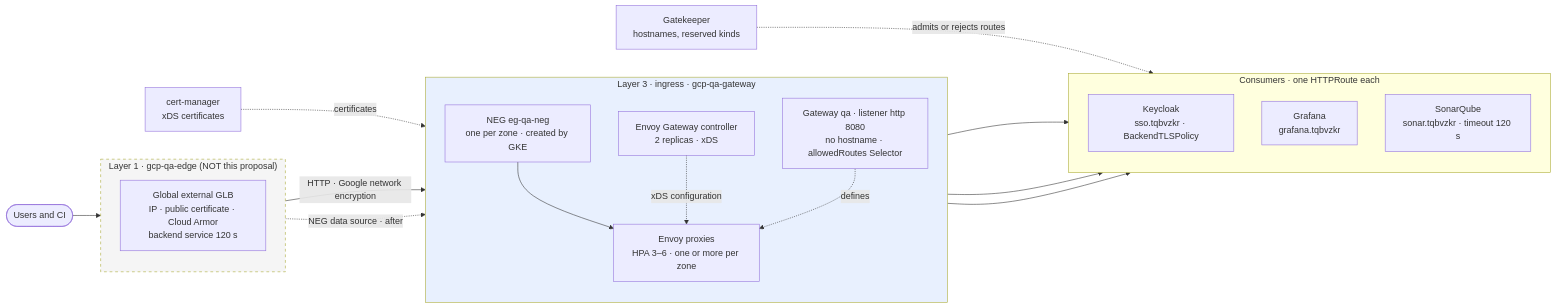
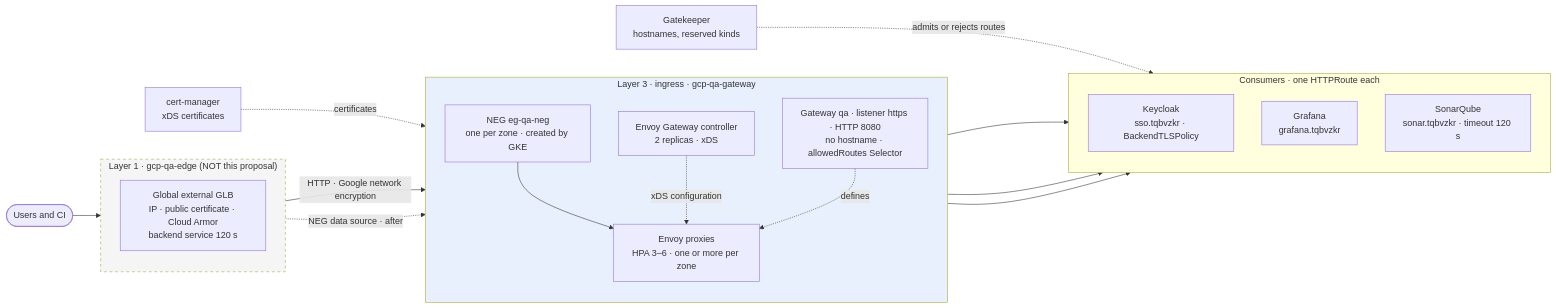
The diagram in docs/en/proposals/envoy-gateway-qa/diagrams/01-contexto.mmd (aescanero/proposal_documents), drawn with Mermaid before and after one commit. The commit also changed 86 other files, not shown here.

```diff
--- a/docs/en/proposals/envoy-gateway-qa/diagrams/01-contexto.mmd
+++ b/docs/en/proposals/envoy-gateway-qa/diagrams/01-contexto.mmd
@@ -1,39 +1,39 @@
 flowchart LR
     U(["Users and CI"])
     subgraph L1["Layer 1 · gcp-qa-edge (NOT this proposal)"]
         direction TB
         GLB["Global external GLB<br/>IP · public certificate · Cloud Armor<br/>backend service 120 s"]
     end
 
     subgraph L3["Layer 3 · ingress · gcp-qa-gateway"]
         direction TB
         CTRL["Envoy Gateway controller<br/>2 replicas · xDS"]
         NEG["NEG eg-qa-neg<br/>one per zone · created by GKE"]
         PX["Envoy proxies<br/>HPA 3–6 · one or more per zone"]
-        GW["Gateway qa · listener http 8080<br/>no hostname · allowedRoutes Selector"]
+        GW["Gateway qa · listener https · HTTP 8080<br/>no hostname · allowedRoutes Selector"]
     end
 
     subgraph CONS["Consumers · one HTTPRoute each"]
         direction TB
         KC["Keycloak<br/>sso.tqbvzkr · BackendTLSPolicy"]
         GF["Grafana<br/>grafana.tqbvzkr"]
         SQ["SonarQube<br/>sonar.tqbvzkr · timeout 120 s"]
     end
 
     CM["cert-manager<br/>xDS certificates"]
     GK["Gatekeeper<br/>hostnames, reserved kinds"]
 
     U --> GLB
     GLB -->|"HTTP · Google network encryption"| NEG
     NEG --> PX
     CTRL -. "xDS configuration" .-> PX
     GW -. "defines" .-> PX
     PX --> KC
     PX --> GF
     PX --> SQ
     CM -. "certificates" .-> PX
     GK -. "admits or rejects routes" .-> CONS
     GLB -. "NEG data source · after" .-> NEG
 
     style L1 fill:#f5f5f5,stroke-dasharray: 5 5
     style L3 fill:#e8f0fe
```
